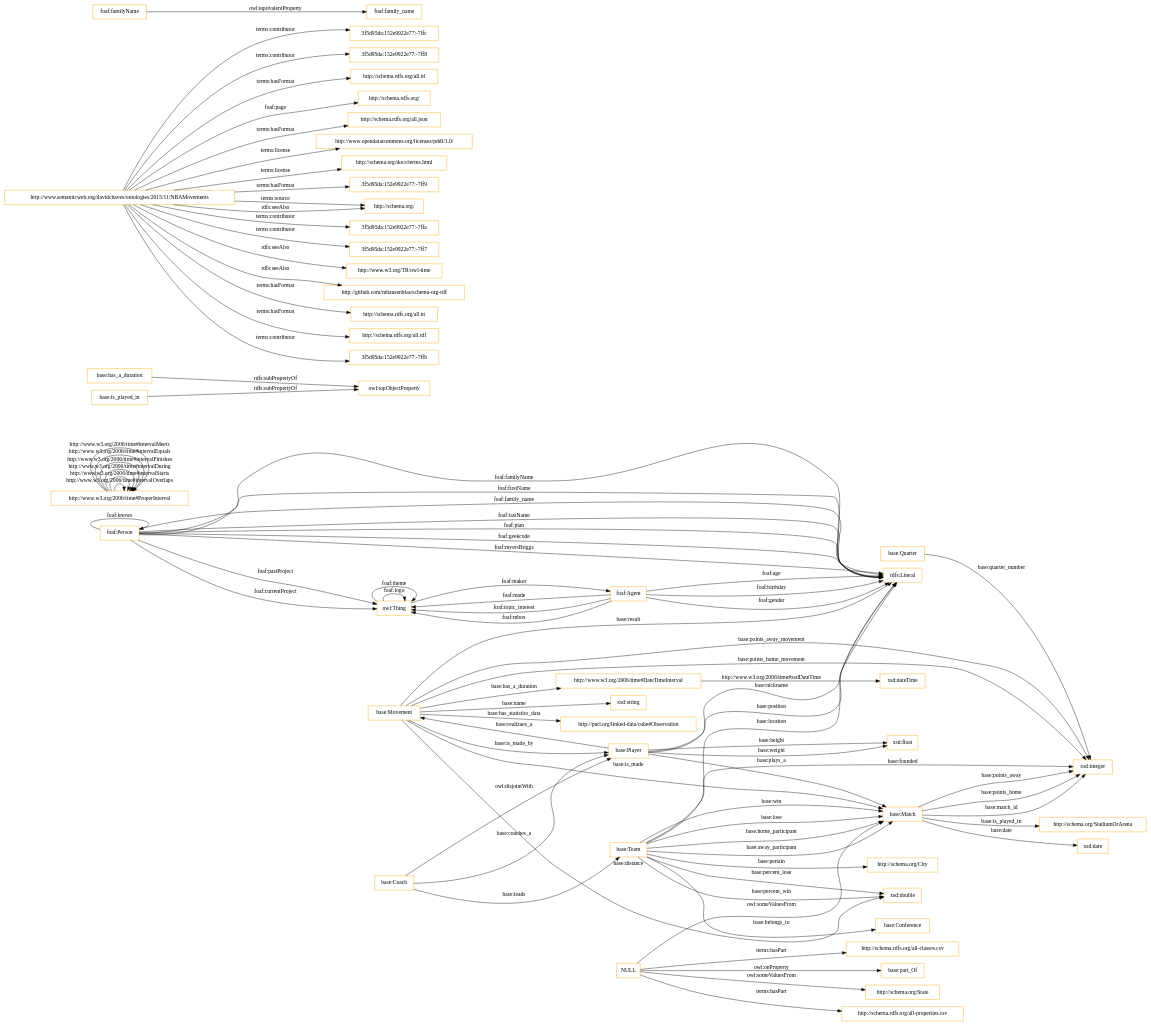
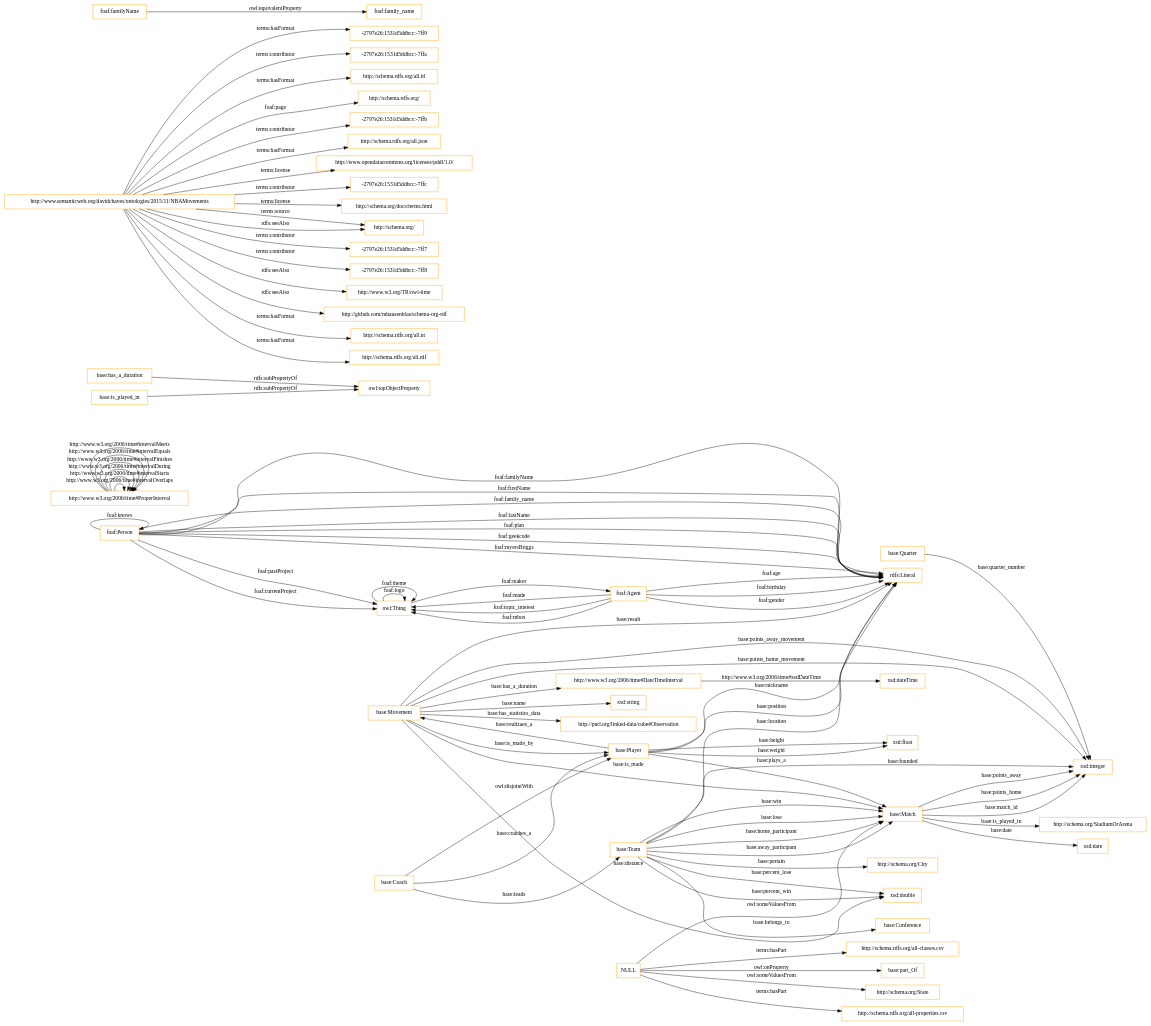
One commit to OnToologyUser/NBAMovements changed the diagram in OnToology/NBAMovementsv2.owl/diagrams/ar2dtool-class/NBAMovementsv2.owl.png.dot. Above: the diagram before and after it, drawn with Graphviz. The commit also changed 4 other files, not shown here.

```diff
--- a/OnToology/NBAMovementsv2.owl/diagrams/ar2dtool-class/NBAMovementsv2.owl.png.dot
+++ b/OnToology/NBAMovementsv2.owl/diagrams/ar2dtool-class/NBAMovementsv2.owl.png.dot
@@ -1,91 +1,91 @@
 digraph ar2dtool_diagram { 
 rankdir=LR;
 size="1501"
 node [shape = rectangle, color="orange"]; "http://www.w3.org/2006/time#DateTimeInterval" "base:Team" "base:Coach" "http://www.w3.org/2006/time#ProperInterval" "http://schema.org/State" "http://schema.org/City" "foaf:Person" "base:Player" "base:Quarter" "http://schema.org/StadiumOrArena" "base:Match" "http://purl.org/linked-data/cube#Observation" "base:Movement" "base:Conference" ; /*classes style*/
 	"base:Coach" -> "base:Player" [ label = "owl:disjointWith" ];
 	"base:has_a_duration" -> "owl:topObjectProperty" [ label = "rdfs:subPropertyOf" ];
-	"http://www.semanticweb.org/davidchaves/ontologies/2015/11/NBAMovements" -> "3f5d95da:152e9922e77:-7ffc" [ label = "terms:contributor" ];
-	"http://www.semanticweb.org/davidchaves/ontologies/2015/11/NBAMovements" -> "3f5d95da:152e9922e77:-7ff8" [ label = "terms:contributor" ];
+	"http://www.semanticweb.org/davidchaves/ontologies/2015/11/NBAMovements" -> "-2797e26:1531d5ddbcc:-7ff9" [ label = "terms:hasFormat" ];
+	"http://www.semanticweb.org/davidchaves/ontologies/2015/11/NBAMovements" -> "-2797e26:1531d5ddbcc:-7ffa" [ label = "terms:contributor" ];
 	"http://www.semanticweb.org/davidchaves/ontologies/2015/11/NBAMovements" -> "http://schema.rdfs.org/all.ttl" [ label = "terms:hasFormat" ];
 	"http://www.semanticweb.org/davidchaves/ontologies/2015/11/NBAMovements" -> "http://schema.rdfs.org/" [ label = "foaf:page" ];
+	"http://www.semanticweb.org/davidchaves/ontologies/2015/11/NBAMovements" -> "-2797e26:1531d5ddbcc:-7ffb" [ label = "terms:contributor" ];
 	"http://www.semanticweb.org/davidchaves/ontologies/2015/11/NBAMovements" -> "http://schema.rdfs.org/all.json" [ label = "terms:hasFormat" ];
 	"http://www.semanticweb.org/davidchaves/ontologies/2015/11/NBAMovements" -> "http://www.opendatacommons.org/licenses/pddl/1.0/" [ label = "terms:license" ];
+	"http://www.semanticweb.org/davidchaves/ontologies/2015/11/NBAMovements" -> "-2797e26:1531d5ddbcc:-7ffc" [ label = "terms:contributor" ];
 	"http://www.semanticweb.org/davidchaves/ontologies/2015/11/NBAMovements" -> "http://schema.org/docs/terms.html" [ label = "terms:license" ];
-	"http://www.semanticweb.org/davidchaves/ontologies/2015/11/NBAMovements" -> "3f5d95da:152e9922e77:-7ff9" [ label = "terms:hasFormat" ];
 	"http://www.semanticweb.org/davidchaves/ontologies/2015/11/NBAMovements" -> "http://schema.org/" [ label = "terms:source" ];
-	"http://www.semanticweb.org/davidchaves/ontologies/2015/11/NBAMovements" -> "3f5d95da:152e9922e77:-7ffa" [ label = "terms:contributor" ];
-	"http://www.semanticweb.org/davidchaves/ontologies/2015/11/NBAMovements" -> "3f5d95da:152e9922e77:-7ff7" [ label = "terms:contributor" ];
+	"http://www.semanticweb.org/davidchaves/ontologies/2015/11/NBAMovements" -> "-2797e26:1531d5ddbcc:-7ff7" [ label = "terms:contributor" ];
+	"http://www.semanticweb.org/davidchaves/ontologies/2015/11/NBAMovements" -> "-2797e26:1531d5ddbcc:-7ff8" [ label = "terms:contributor" ];
 	"http://www.semanticweb.org/davidchaves/ontologies/2015/11/NBAMovements" -> "http://www.w3.org/TR/owl-time" [ label = "rdfs:seeAlso" ];
 	"http://www.semanticweb.org/davidchaves/ontologies/2015/11/NBAMovements" -> "http://schema.org/" [ label = "rdfs:seeAlso" ];
 	"http://www.semanticweb.org/davidchaves/ontologies/2015/11/NBAMovements" -> "http://github.com/mhausenblas/schema-org-rdf" [ label = "rdfs:seeAlso" ];
 	"http://www.semanticweb.org/davidchaves/ontologies/2015/11/NBAMovements" -> "http://schema.rdfs.org/all.nt" [ label = "terms:hasFormat" ];
 	"http://www.semanticweb.org/davidchaves/ontologies/2015/11/NBAMovements" -> "http://schema.rdfs.org/all.rdf" [ label = "terms:hasFormat" ];
-	"http://www.semanticweb.org/davidchaves/ontologies/2015/11/NBAMovements" -> "3f5d95da:152e9922e77:-7ffb" [ label = "terms:contributor" ];
 	"base:is_played_in" -> "owl:topObjectProperty" [ label = "rdfs:subPropertyOf" ];
 	"foaf:familyName" -> "foaf:family_name" [ label = "owl:equivalentProperty" ];
-	"NULL" -> "http://schema.org/State" [ label = "owl:someValuesFrom" ];
 	"NULL" -> "http://schema.rdfs.org/all-properties.csv" [ label = "terms:hasPart" ];
 	"NULL" -> "http://schema.rdfs.org/all-classes.csv" [ label = "terms:hasPart" ];
 	"NULL" -> "base:Match" [ label = "owl:someValuesFrom" ];
+	"NULL" -> "http://schema.org/State" [ label = "owl:someValuesFrom" ];
 	"NULL" -> "base:part_Of" [ label = "owl:onProperty" ];
 	"base:Team" -> "rdfs:Literal" [ label = "base:location" ];
 	"owl:Thing" -> "foaf:Agent" [ label = "foaf:maker" ];
 	"base:Player" -> "rdfs:Literal" [ label = "base:nickname" ];
 	"base:Player" -> "rdfs:Literal" [ label = "base:position" ];
 	"base:Movement" -> "xsd:integer" [ label = "base:points_home_movement" ];
 	"http://www.w3.org/2006/time#ProperInterval" -> "http://www.w3.org/2006/time#ProperInterval" [ label = "http://www.w3.org/2006/time#intervalOverlaps" ];
 	"owl:Thing" -> "owl:Thing" [ label = "foaf:logo" ];
 	"foaf:Agent" -> "owl:Thing" [ label = "foaf:made" ];
 	"foaf:Agent" -> "rdfs:Literal" [ label = "foaf:birthday" ];
 	"base:Player" -> "base:Movement" [ label = "base:realizaes_a" ];
 	"foaf:Person" -> "rdfs:Literal" [ label = "foaf:familyName" ];
 	"base:Movement" -> "rdfs:Literal" [ label = "base:result" ];
 	"foaf:Person" -> "rdfs:Literal" [ label = "foaf:firstName" ];
 	"base:Team" -> "base:Match" [ label = "base:home_participant" ];
 	"foaf:Person" -> "owl:Thing" [ label = "foaf:currentProject" ];
 	"base:Movement" -> "http://purl.org/linked-data/cube#Observation" [ label = "base:has_statistics_data" ];
 	"http://www.w3.org/2006/time#ProperInterval" -> "http://www.w3.org/2006/time#ProperInterval" [ label = "http://www.w3.org/2006/time#intervalStarts" ];
 	"http://www.w3.org/2006/time#DateTimeInterval" -> "xsd:dateTime" [ label = "http://www.w3.org/2006/time#xsdDateTime" ];
 	"foaf:Agent" -> "owl:Thing" [ label = "foaf:topic_interest" ];
 	"base:Movement" -> "http://www.w3.org/2006/time#DateTimeInterval" [ label = "base:has_a_duration" ];
 	"foaf:Agent" -> "rdfs:Literal" [ label = "foaf:gender" ];
 	"base:Movement" -> "xsd:string" [ label = "base:name" ];
 	"base:Match" -> "xsd:integer" [ label = "base:points_away" ];
 	"base:Team" -> "base:Match" [ label = "base:away_participant" ];
 	"http://www.w3.org/2006/time#ProperInterval" -> "http://www.w3.org/2006/time#ProperInterval" [ label = "http://www.w3.org/2006/time#intervalDuring" ];
 	"base:Team" -> "base:Conference" [ label = "base:belongs_to" ];
 	"http://www.w3.org/2006/time#ProperInterval" -> "http://www.w3.org/2006/time#ProperInterval" [ label = "http://www.w3.org/2006/time#intervalFinishes" ];
 	"base:Coach" -> "base:Player" [ label = "base:coaches_a" ];
 	"base:Team" -> "xsd:integer" [ label = "base:founded" ];
 	"base:Team" -> "base:Match" [ label = "base:win" ];
 	"base:Match" -> "xsd:integer" [ label = "base:points_home" ];
 	"base:Team" -> "xsd:double" [ label = "base:percent_win" ];
 	"foaf:Person" -> "rdfs:Literal" [ label = "foaf:family_name" ];
 	"base:Movement" -> "xsd:double" [ label = "base:distance" ];
 	"base:Player" -> "xsd:float" [ label = "base:weight" ];
 	"base:Team" -> "base:Match" [ label = "base:lose" ];
 	"owl:Thing" -> "owl:Thing" [ label = "foaf:theme" ];
 	"base:Match" -> "xsd:date" [ label = "base:date" ];
 	"foaf:Agent" -> "rdfs:Literal" [ label = "foaf:age" ];
 	"foaf:Agent" -> "owl:Thing" [ label = "foaf:mbox" ];
 	"foaf:Person" -> "rdfs:Literal" [ label = "foaf:lastName" ];
 	"base:Team" -> "xsd:double" [ label = "base:percent_lose" ];
 	"http://www.w3.org/2006/time#ProperInterval" -> "http://www.w3.org/2006/time#ProperInterval" [ label = "http://www.w3.org/2006/time#intervalEquals" ];
 	"foaf:Person" -> "owl:Thing" [ label = "foaf:pastProject" ];
 	"base:Match" -> "xsd:integer" [ label = "base:match_id" ];
 	"base:Movement" -> "base:Player" [ label = "base:is_made_by" ];
 	"base:Match" -> "http://schema.org/StadiumOrArena" [ label = "base:is_played_in" ];
 	"foaf:Person" -> "foaf:Person" [ label = "foaf:knows" ];
 	"base:Player" -> "base:Match" [ label = "base:plays_a" ];
 	"foaf:Person" -> "rdfs:Literal" [ label = "foaf:plan" ];
 	"foaf:Person" -> "rdfs:Literal" [ label = "foaf:geekcode" ];
 	"base:Team" -> "http://schema.org/City" [ label = "base:pertain" ];
 	"base:Quarter" -> "xsd:integer" [ label = "base:quarter_number" ];
 	"base:Coach" -> "base:Team" [ label = "base:leads" ];
 	"base:Movement" -> "base:Match" [ label = "base:is_made" ];
 	"http://www.w3.org/2006/time#ProperInterval" -> "http://www.w3.org/2006/time#ProperInterval" [ label = "http://www.w3.org/2006/time#intervalMeets" ];
 	"base:Player" -> "xsd:float" [ label = "base:height" ];
 	"base:Movement" -> "xsd:integer" [ label = "base:points_away_movement" ];
 	"foaf:Person" -> "rdfs:Literal" [ label = "foaf:myersBriggs" ];
 
 }
```
